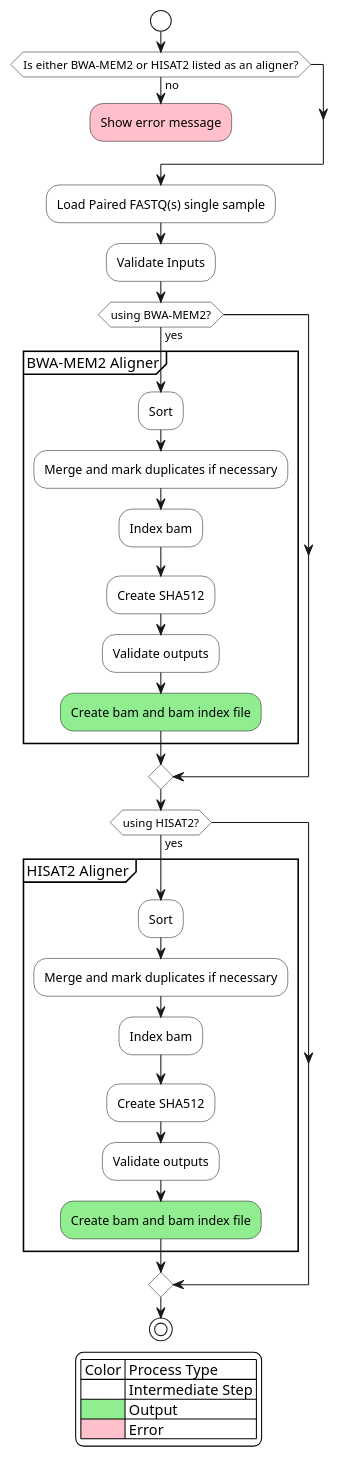
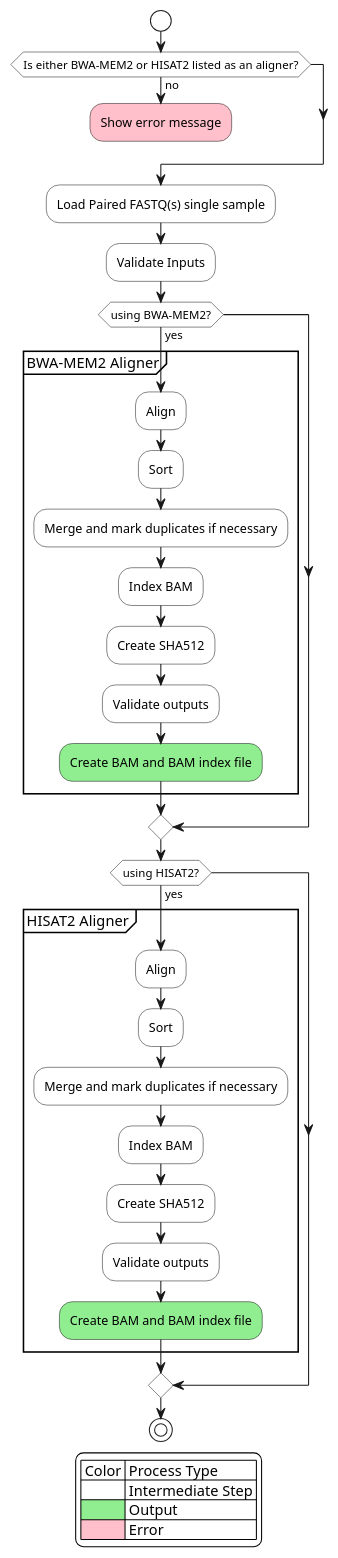
One commit to uclahs-cds/pipeline-align-DNA changed the diagram in docs/dna-align-flow.puml. Above: the diagram before and after it, drawn with PlantUML.

Commit message:
correct bam toBAM, add align step before sort

```diff
--- a/docs/dna-align-flow.puml
+++ b/docs/dna-align-flow.puml
@@ -1,44 +1,46 @@
 @startuml
 <style>
 activityDiagram {
     BackgroundColor #FFFFFF
     BorderColor #000000
     FontColor #000
     }
 </style>
 start
 if (Is either BWA-MEM2 or HISAT2 listed as an aligner?) then (no)
     #pink :Show error message;
     detach 
 endif
 :Load Paired FASTQ(s) single sample;
 :Validate Inputs;
 if (using BWA-MEM2?) then (yes)
     group BWA-MEM2 Aligner
+    :Align;
     :Sort;
     :Merge and mark duplicates if necessary;
-    :Index bam;
+    :Index BAM;
     :Create SHA512;
     :Validate outputs;
-    #lightgreen :Create bam and bam index file;
+    #lightgreen :Create BAM and BAM index file;
     end group
 endif
 
 if (using HISAT2?) then (yes)
     group HISAT2 Aligner
+    :Align;
     :Sort;
     :Merge and mark duplicates if necessary;
-    :Index bam;
+    :Index BAM;
     :Create SHA512;
     :Validate outputs;
-    #lightgreen :Create bam and bam index file;
+    #lightgreen :Create BAM and BAM index file;
     end group
 endif
 legend
     | Color | Process Type |
     | <#White> | Intermediate Step |
     | <#LightGreen> | Output |
     | <#pink> | Error |
 endlegend
 stop
 @enduml
```
